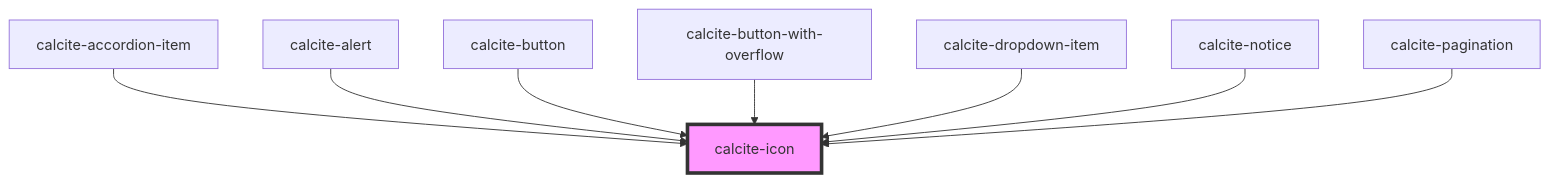
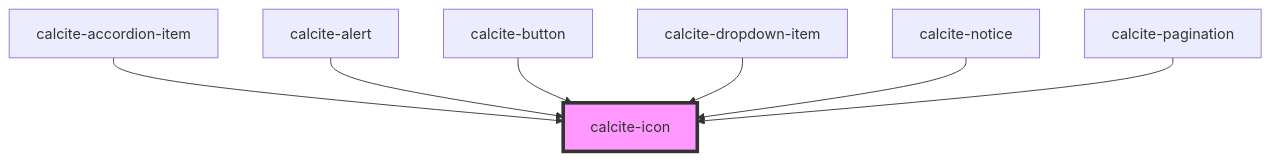
Before and after one commit to vikivakarvc/calcite-design-system: the diagram in src/components/calcite-icon/readme.md, drawn with Mermaid. The commit also changed other lines of this file and 9 other files, not shown here.

````diff
--- a/src/components/calcite-icon/readme.md
+++ b/src/components/calcite-icon/readme.md
@@ -44,11 +43,10 @@
 ```mermaid
 graph TD;
   calcite-accordion-item --> calcite-icon
   calcite-alert --> calcite-icon
   calcite-button --> calcite-icon
-  calcite-button-with-overflow --> calcite-icon
   calcite-dropdown-item --> calcite-icon
   calcite-notice --> calcite-icon
   calcite-pagination --> calcite-icon
   style calcite-icon fill:#f9f,stroke:#333,stroke-width:4px
 ```
````
